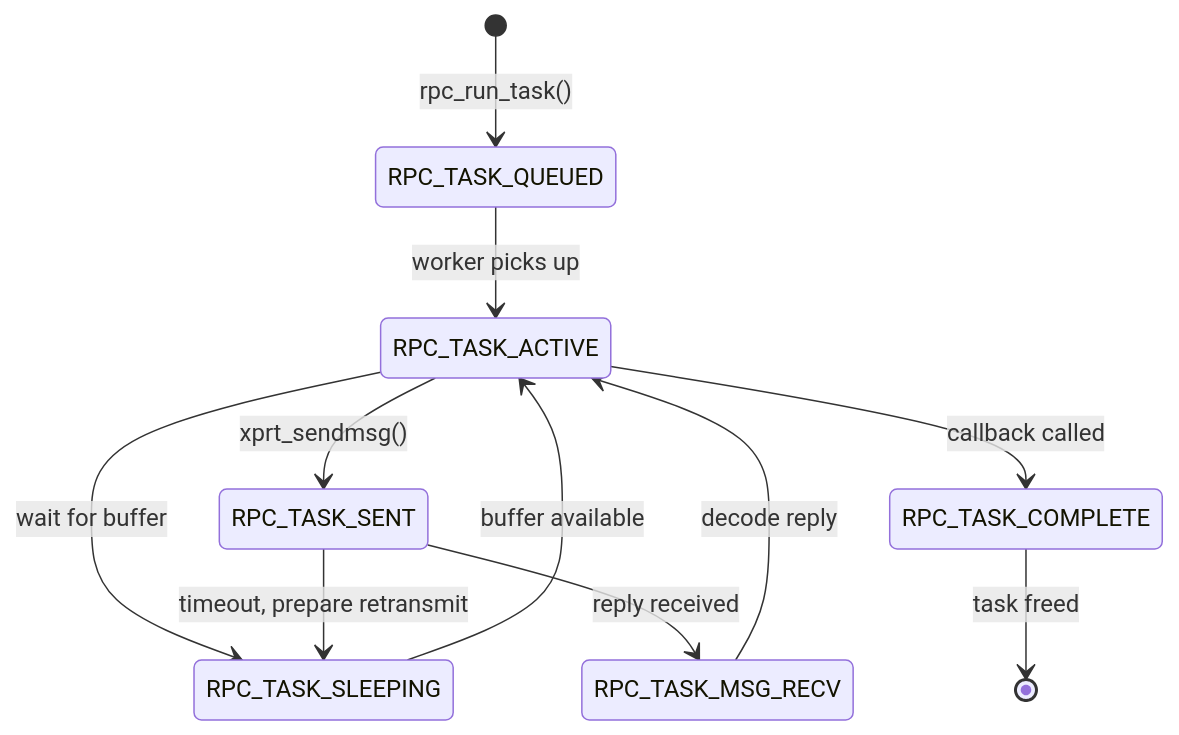
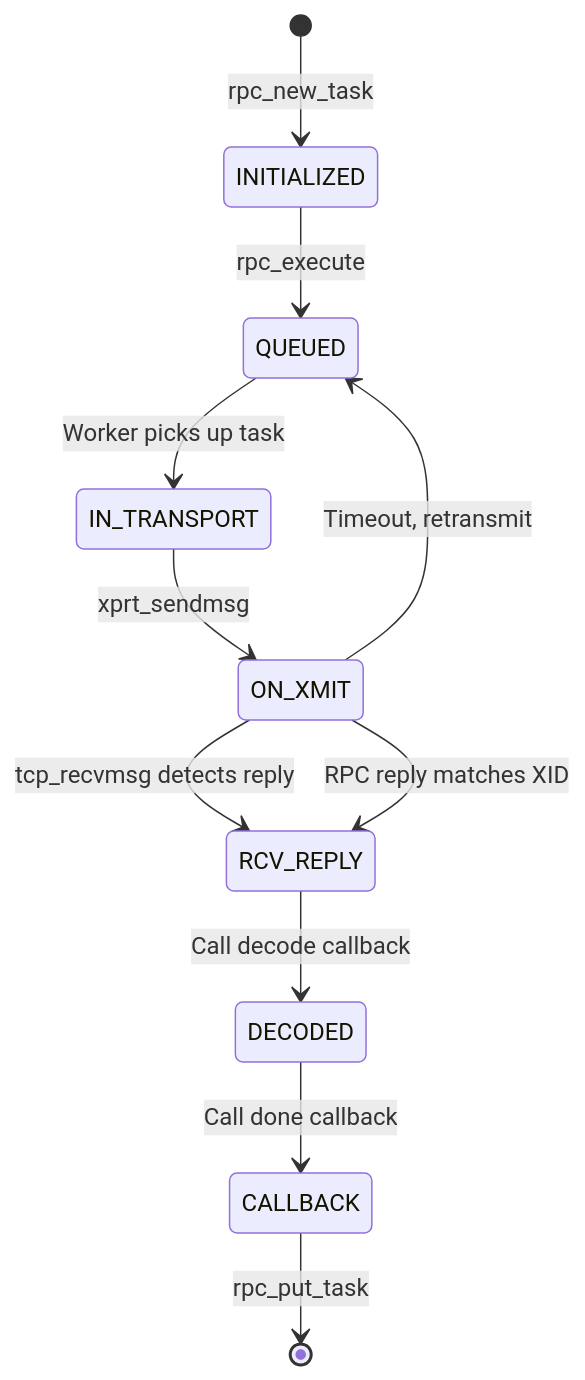
One commit to darrenstarr/dnfs changed the diagram in docs/nfs-ebook/ch07-sunrpc-impl.md. Above: the diagram before and after it, drawn with Mermaid. The commit also changed other lines of this file and 9 other files, not shown here.

````diff
--- a/docs/nfs-ebook/ch07-sunrpc-impl.md
+++ b/docs/nfs-ebook/ch07-sunrpc-impl.md
@@ -71,13 +88,13 @@
 ```mermaid
 stateDiagram-v2
-    [*] --> RPC_TASK_QUEUED: rpc_run_task()
-    RPC_TASK_QUEUED --> RPC_TASK_ACTIVE: worker picks up
-    RPC_TASK_ACTIVE --> RPC_TASK_SLEEPING: wait for buffer
-    RPC_TASK_SLEEPING --> RPC_TASK_ACTIVE: buffer available
-    RPC_TASK_ACTIVE --> RPC_TASK_SENT: xprt_sendmsg()
-    RPC_TASK_SENT --> RPC_TASK_MSG_RECV: reply received
-    RPC_TASK_SENT --> RPC_TASK_SLEEPING: timeout, prepare retransmit
-    RPC_TASK_MSG_RECV --> RPC_TASK_ACTIVE: decode reply
-    RPC_TASK_ACTIVE --> RPC_TASK_COMPLETE: callback called
-    RPC_TASK_COMPLETE --> [*]: task freed
+    [*] --> INITIALIZED: rpc_new_task
+    INITIALIZED --> QUEUED: rpc_execute
+    QUEUED --> IN_TRANSPORT: Worker picks up task
+    IN_TRANSPORT --> ON_XMIT: xprt_sendmsg
+    ON_XMIT --> RCV_REPLY: tcp_recvmsg detects reply
+    ON_XMIT --> RCV_REPLY: RPC reply matches XID
+    ON_XMIT --> QUEUED: Timeout, retransmit
+    RCV_REPLY --> DECODED: Call decode callback
+    DECODED --> CALLBACK: Call done callback
+    CALLBACK --> [*]: rpc_put_task
 ```
````
